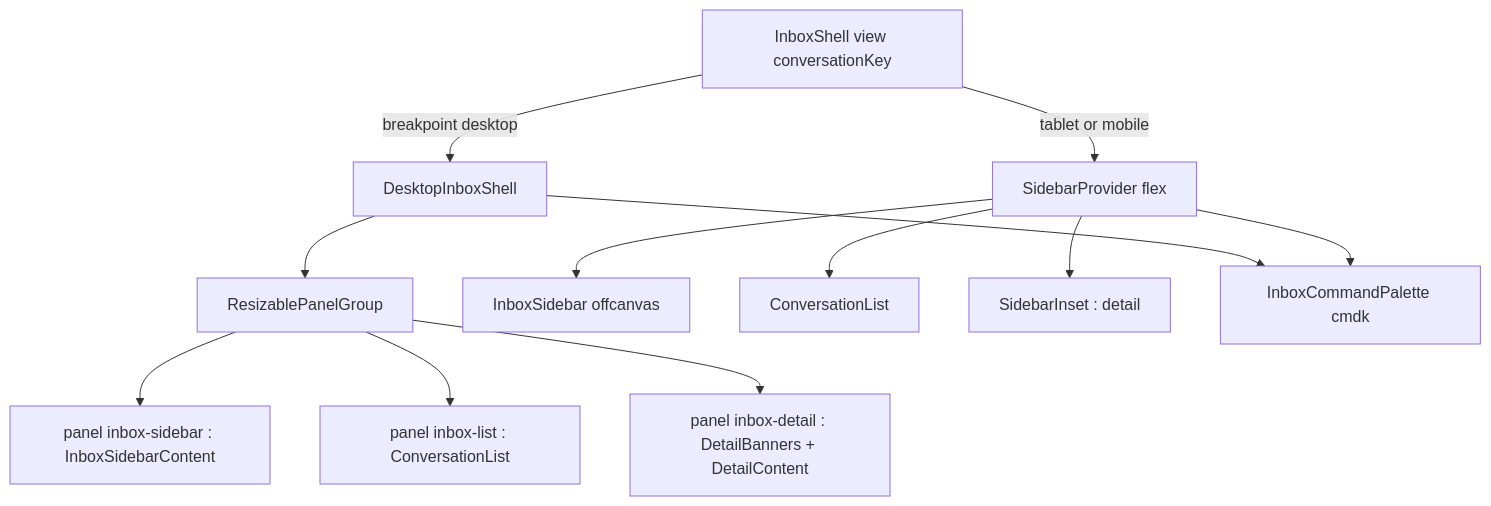
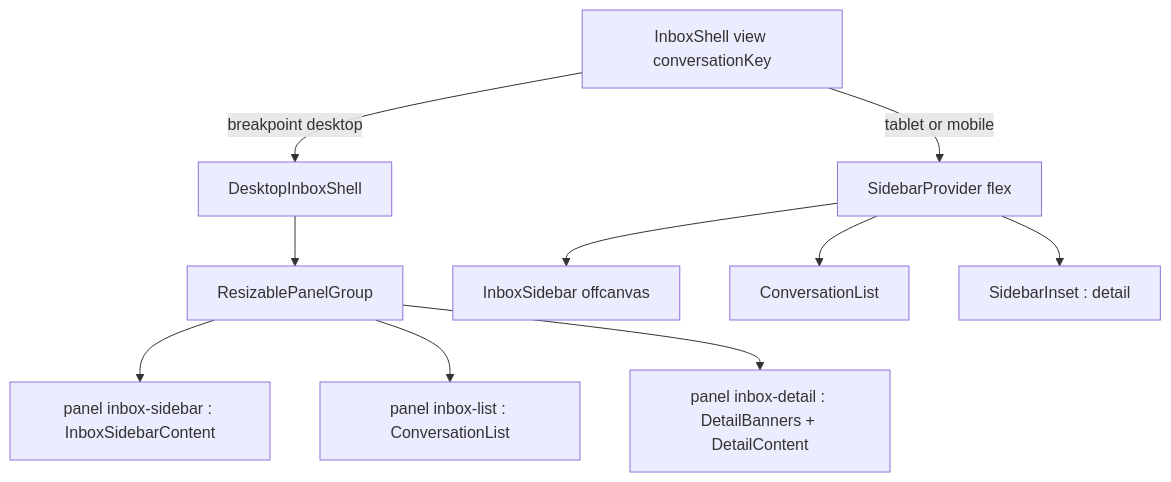
Before and after one commit to MaxQian888/cognia-next: the second of 3 diagrams in docs/content/docs/en/subsystems/platform-connectors/ui-and-plugins.mdx, drawn with Mermaid. The commit also changed other lines of this file and 69 other files, not shown here.

````diff
--- a/docs/content/docs/en/subsystems/platform-connectors/ui-and-plugins.mdx
+++ b/docs/content/docs/en/subsystems/platform-connectors/ui-and-plugins.mdx
@@ -165,15 +167,13 @@
 ```mermaid
 graph TD
   Shell["InboxShell view conversationKey"]
   Shell -->|"breakpoint desktop"| Desk["DesktopInboxShell"]
   Shell -->|"tablet or mobile"| Flex["SidebarProvider flex"]
   Desk --> RPG["ResizablePanelGroup"]
   RPG --> P1["panel inbox-sidebar : InboxSidebarContent"]
   RPG --> P2["panel inbox-list : ConversationList"]
   RPG --> P3["panel inbox-detail : DetailBanners + DetailContent"]
   Flex --> SB["InboxSidebar offcanvas"]
   Flex --> List["ConversationList"]
   Flex --> Inset["SidebarInset : detail"]
-  Desk --> CP["InboxCommandPalette cmdk"]
-  Flex --> CP
 ```
````
